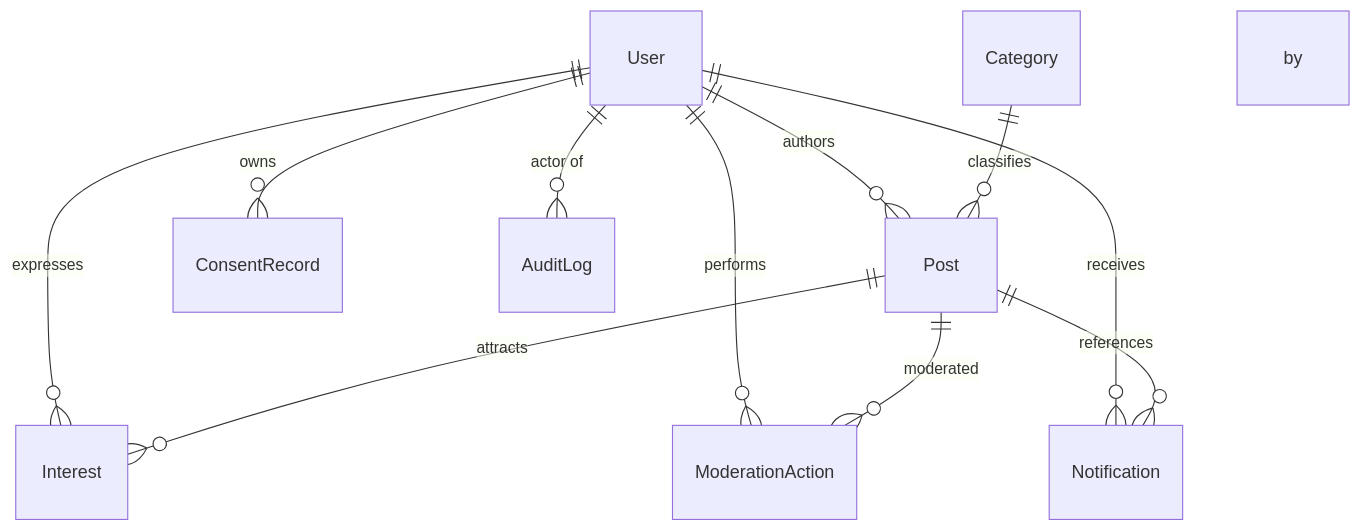
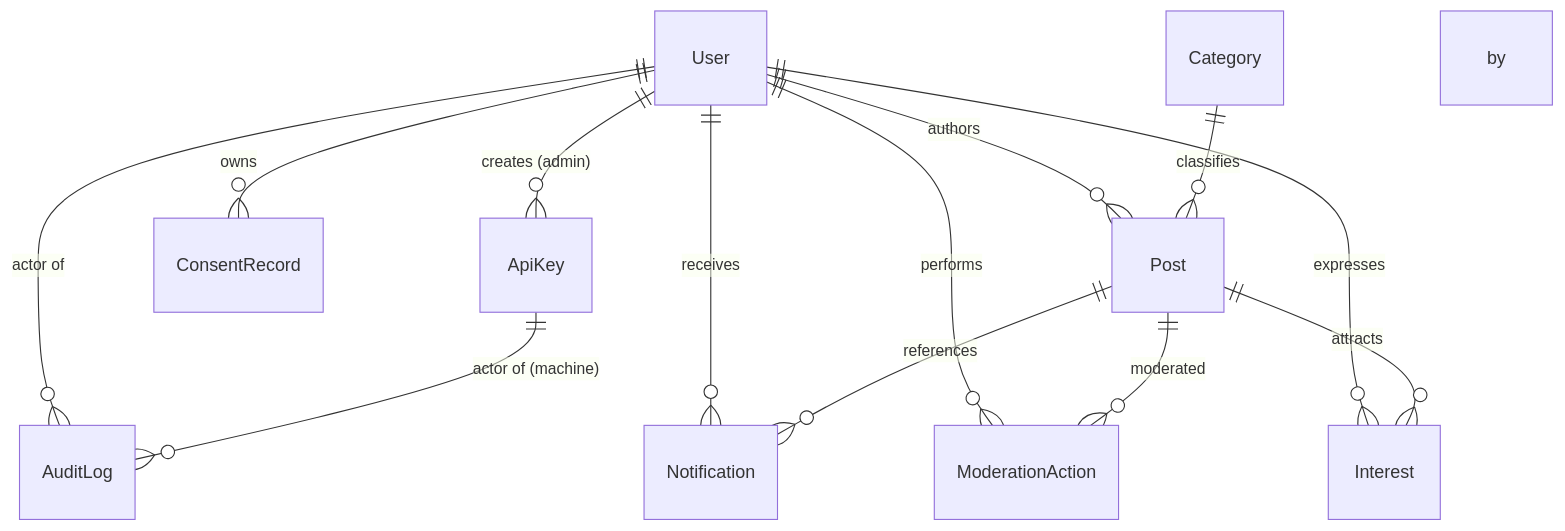
The second of 7 diagrams in docs/ARCHITECTURE.md (ramoneees/precisase), drawn with Mermaid before and after one commit. The commit also changed other lines of this file, not shown here.

First line of the commit message:
docs: draft architecture v0.2 with external API and service-token design

````diff
--- a/docs/ARCHITECTURE.md
+++ b/docs/ARCHITECTURE.md
@@ -274,13 +321,15 @@
 ```mermaid
 erDiagram
     User ||--o{ Post : authors
     User ||--o{ Interest : expresses
     User ||--o{ ModerationAction : performs
     User ||--o{ ConsentRecord : owns
     User ||--o{ Notification : receives
     User ||--o{ AuditLog : "actor of"
+    User ||--o{ ApiKey : "creates (admin)"
+    ApiKey ||--o{ AuditLog : "actor of (machine)"
     Category ||--o{ Post : classifies
     Post ||--o{ Interest : attracts
     Post ||--o{ ModerationAction : moderated by
     Post ||--o{ Notification : references
 ```
````
